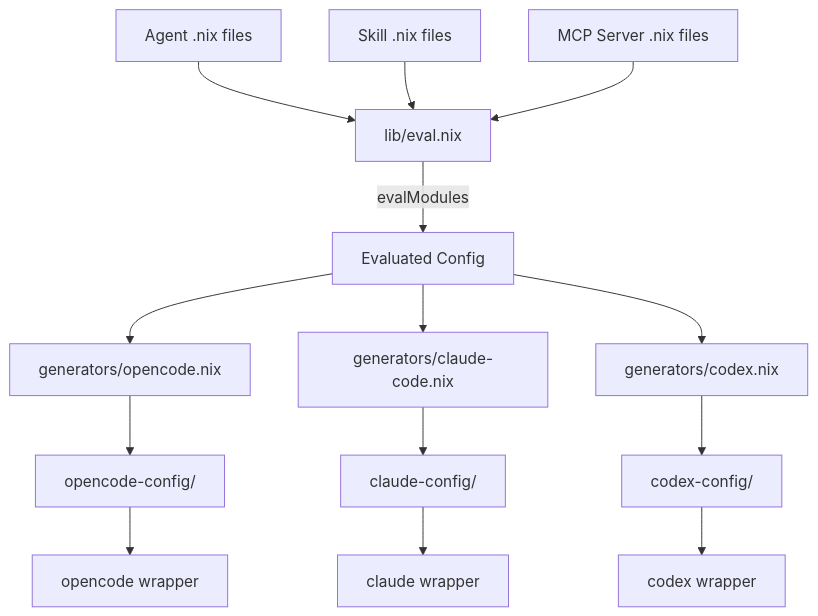
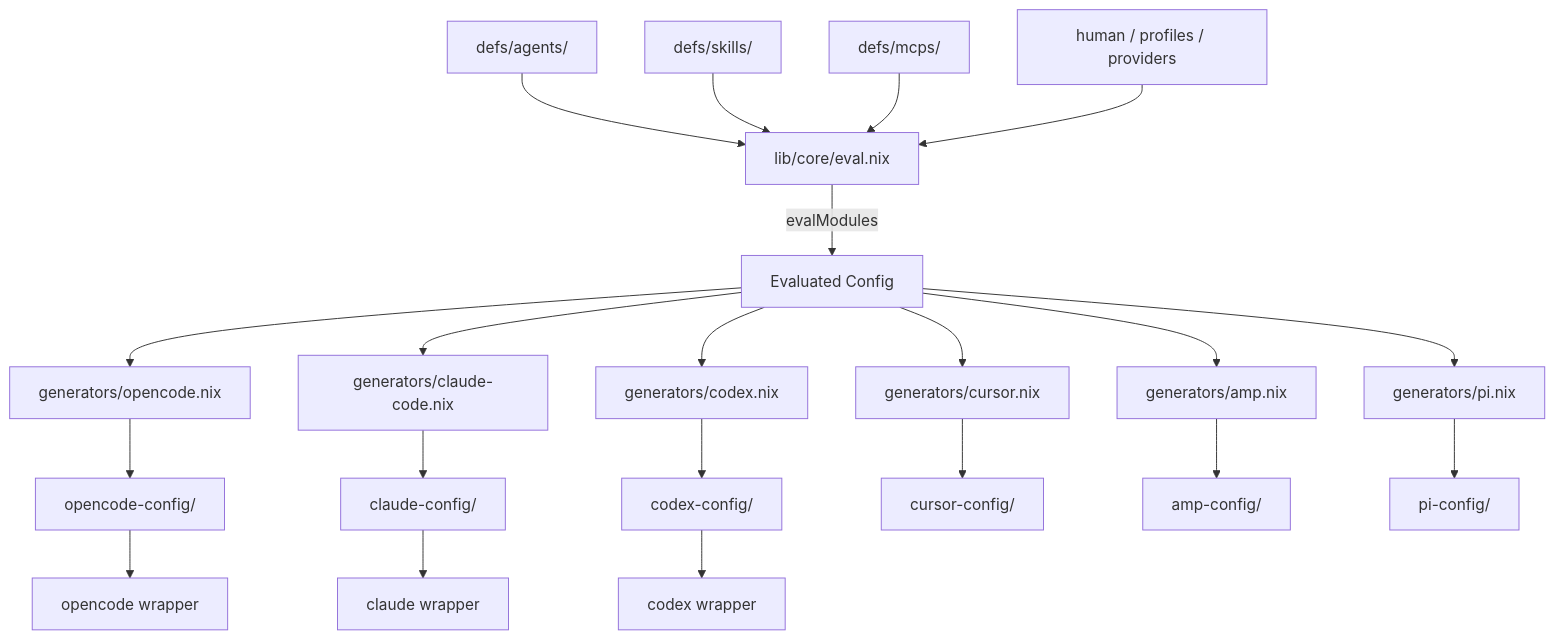
The first of 2 diagrams in ARCHITECTURE.md (kirksw/nix-agents), drawn with Mermaid before and after one commit. The commit also changed other lines of this file and 5 other files, not shown here.

Commit message:
docs: update ARCHITECTURE.md to reflect current project structure (#1)

````diff
--- a/ARCHITECTURE.md
+++ b/ARCHITECTURE.md
@@ -7,16 +7,23 @@
 ```mermaid
 graph TD
-    A[Agent .nix files] --> E[lib/eval.nix]
-    S[Skill .nix files] --> E
-    M[MCP Server .nix files] --> E
+    A[defs/agents/] --> E[lib/core/eval.nix]
+    S[defs/skills/] --> E
+    M[defs/mcps/] --> E
+    H[human / profiles / providers] --> E
     E --> |evalModules| C[Evaluated Config]
     C --> G1[generators/opencode.nix]
     C --> G2[generators/claude-code.nix]
     C --> G3[generators/codex.nix]
+    C --> G4[generators/cursor.nix]
+    C --> G5[generators/amp.nix]
+    C --> G6[generators/pi.nix]
     G1 --> O1[opencode-config/]
     G2 --> O2[claude-config/]
     G3 --> O3[codex-config/]
+    G4 --> O4[cursor-config/]
+    G5 --> O5[amp-config/]
+    G6 --> O6[pi-config/]
     O1 --> W1[opencode wrapper]
     O2 --> W2[claude wrapper]
     O3 --> W3[codex wrapper]
 ```
````
